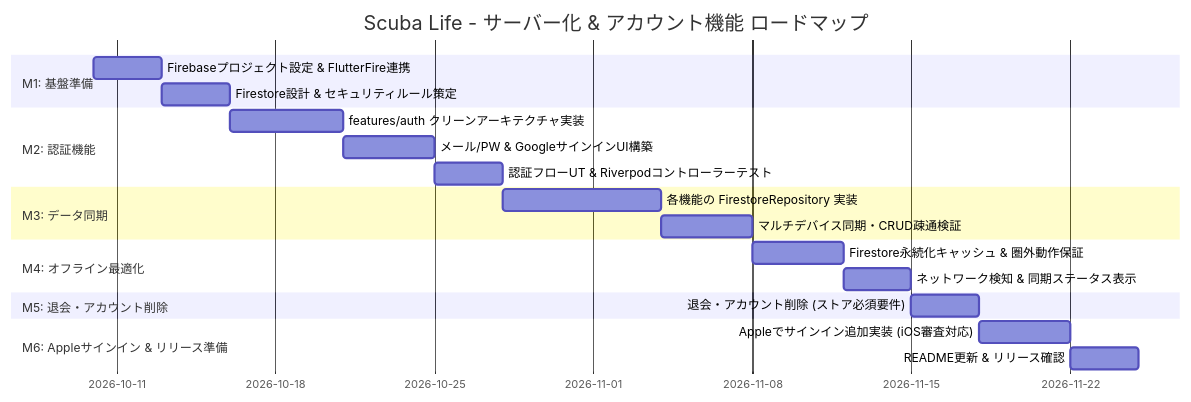
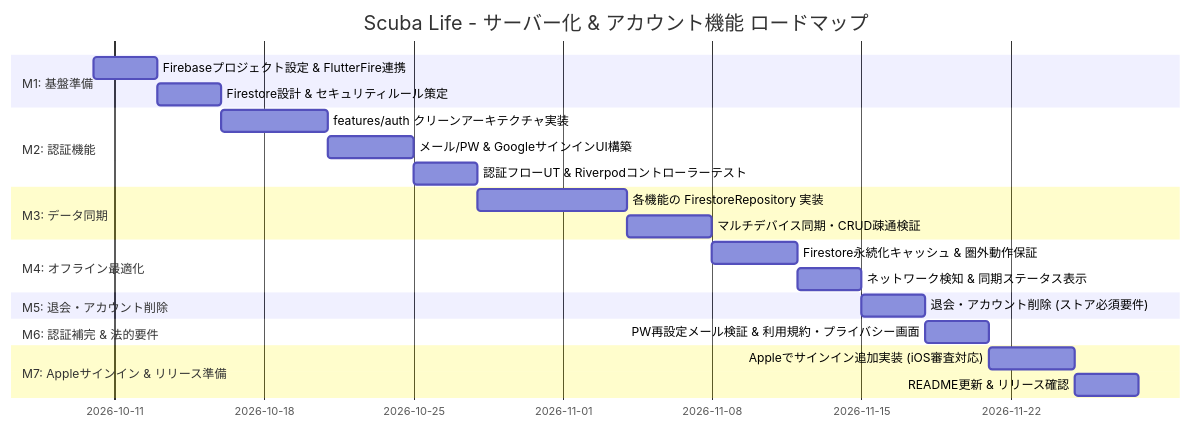
One commit to LiFE-124C41/scuba-life changed the third of 4 diagrams in docs/plans/account_and_backend_plan.md. Above: the diagram before and after it, drawn with Mermaid. The commit also changed other lines of this file and 6 other files, not shown here.

First line of the commit message:
feat(auth): complete M6 with legal documents and password reset flow

````diff
--- a/docs/plans/account_and_backend_plan.md
+++ b/docs/plans/account_and_backend_plan.md
@@ -211,23 +211,25 @@
 ```mermaid
 gantt
     title Scuba Life - サーバー化 & アカウント機能 ロードマップ
     dateFormat  YYYY-MM-DD
     section M1: 基盤準備
     Firebaseプロジェクト設定 & FlutterFire連携 :m1_1, 2026-10-10, 3d
     Firestore設計 & セキュリティルール策定      :m1_2, after m1_1, 3d
     section M2: 認証機能
     features/auth クリーンアーキテクチャ実装    :m2_1, after m1_2, 5d
     メール/PW & GoogleサインインUI構築         :m2_2, after m2_1, 4d
     認証フローUT & Riverpodコントローラーテスト  :m2_3, after m2_2, 3d
     section M3: データ同期
     各機能の FirestoreRepository 実装         :m3_1, after m2_3, 7d
     マルチデバイス同期・CRUD疎通検証           :m3_2, after m3_1, 4d
     section M4: オフライン最適化
     Firestore永続化キャッシュ & 圏外動作保証    :m4_1, after m3_2, 4d
     ネットワーク検知 & 同期ステータス表示      :m4_2, after m4_1, 3d
     section M5: 退会・アカウント削除
     退会・アカウント削除 (ストア必須要件)       :m5_1, after m4_2, 3d
-    section M6: Appleサインイン & リリース準備
-    Appleでサインイン追加実装 (iOS審査対応)    :m6_1, after m5_1, 4d
-    README更新 & リリース確認                 :m6_2, after m6_1, 3d
+    section M6: 認証補完 & 法的要件
+    PW再設定メール検証 & 利用規約・プライバシー画面 :m6_1, after m5_1, 3d
+    section M7: Appleサインイン & リリース準備
+    Appleでサインイン追加実装 (iOS審査対応)    :m7_1, after m6_1, 4d
+    README更新 & リリース確認                 :m7_2, after m7_1, 3d
 ```
````
